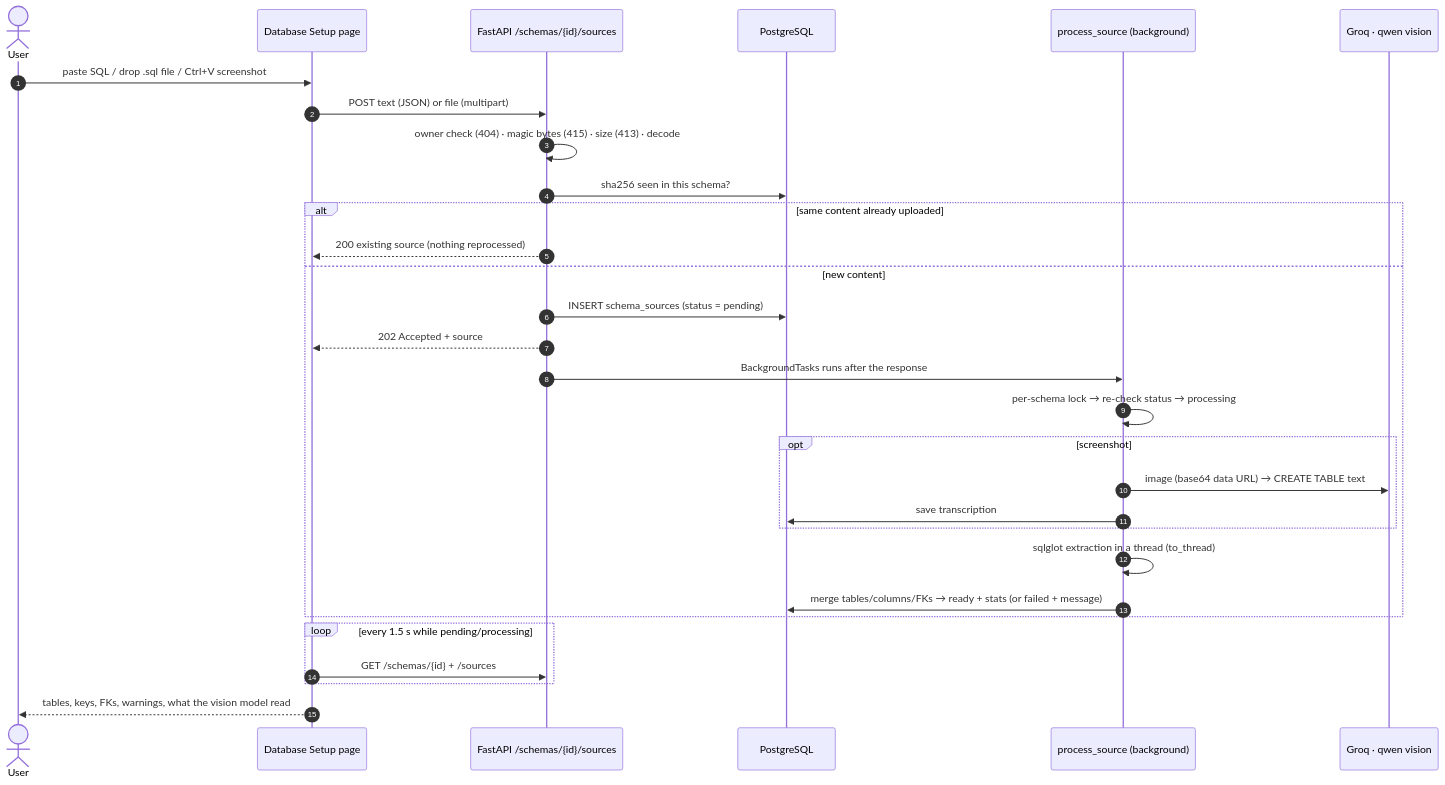
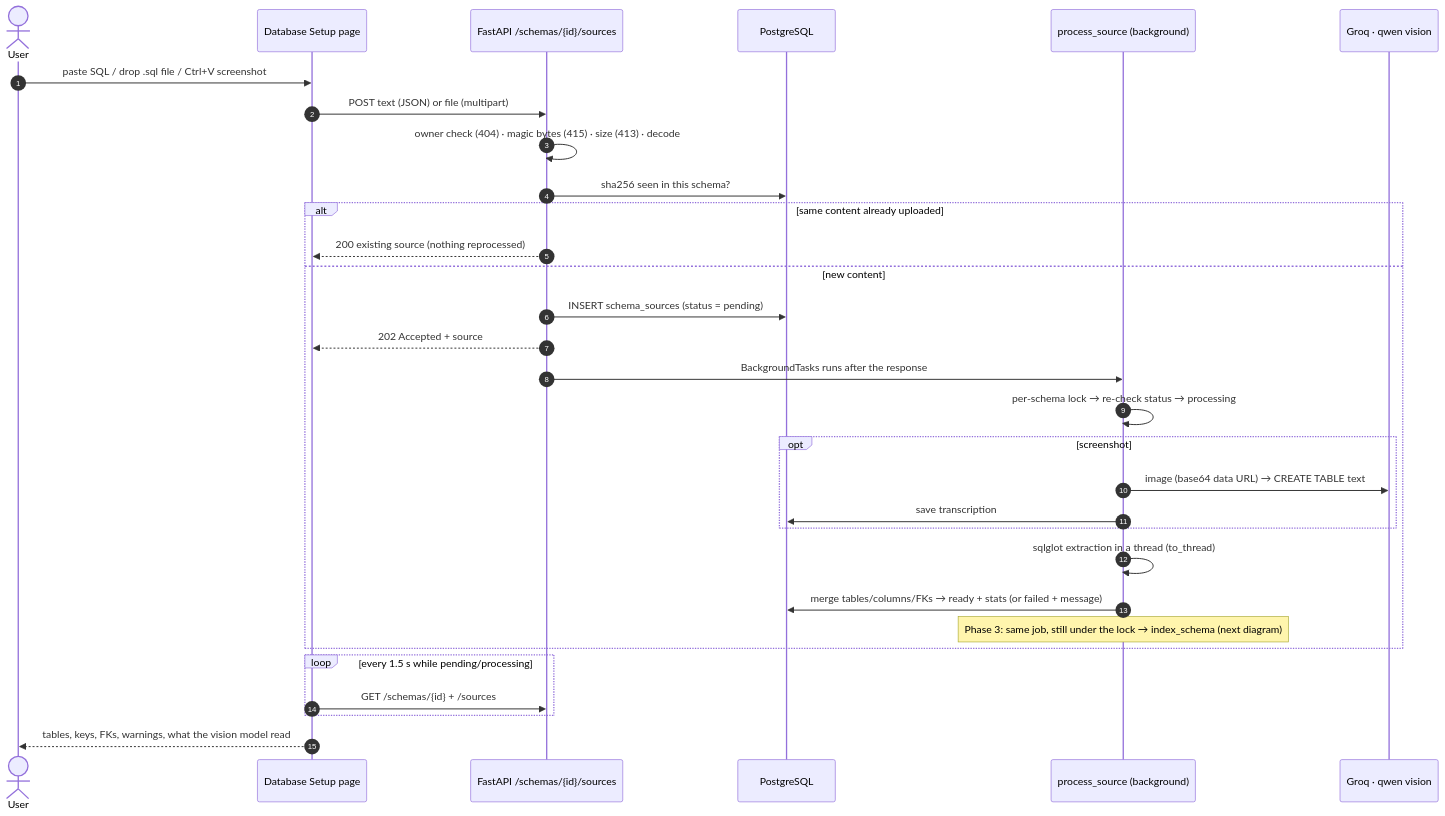
Before and after one commit to TanmayDeshpande29/AI-powered-SQL-Assistant: the fourth of 12 diagrams in README.md, drawn with Mermaid. The commit also changed other lines of this file and 8 other files, not shown here.

````diff
--- a/README.md
+++ b/README.md
@@ -134,33 +137,34 @@
 ```mermaid
 sequenceDiagram
     autonumber
     actor U as User
     participant FE as Database Setup page
     participant API as FastAPI /schemas/{id}/sources
     participant DB as PostgreSQL
     participant JOB as process_source (background)
     participant V as Groq · qwen vision
 
     U->>FE: paste SQL / drop .sql file / Ctrl+V screenshot
     FE->>API: POST text (JSON) or file (multipart)
     API->>API: owner check (404) · magic bytes (415) · size (413) · decode
     API->>DB: sha256 seen in this schema?
     alt same content already uploaded
         API-->>FE: 200 existing source (nothing reprocessed)
     else new content
         API->>DB: INSERT schema_sources (status = pending)
         API-->>FE: 202 Accepted + source
         API->>JOB: BackgroundTasks runs after the response
         JOB->>JOB: per-schema lock → re-check status → processing
         opt screenshot
             JOB->>V: image (base64 data URL) → CREATE TABLE text
             JOB->>DB: save transcription
         end
         JOB->>JOB: sqlglot extraction in a thread (to_thread)
         JOB->>DB: merge tables/columns/FKs → ready + stats (or failed + message)
+        Note over JOB: Phase 3: same job, still under the lock → index_schema (next diagram)
     end
     loop every 1.5 s while pending/processing
         FE->>API: GET /schemas/{id} + /sources
     end
     FE-->>U: tables, keys, FKs, warnings, what the vision model read
 ```
````
